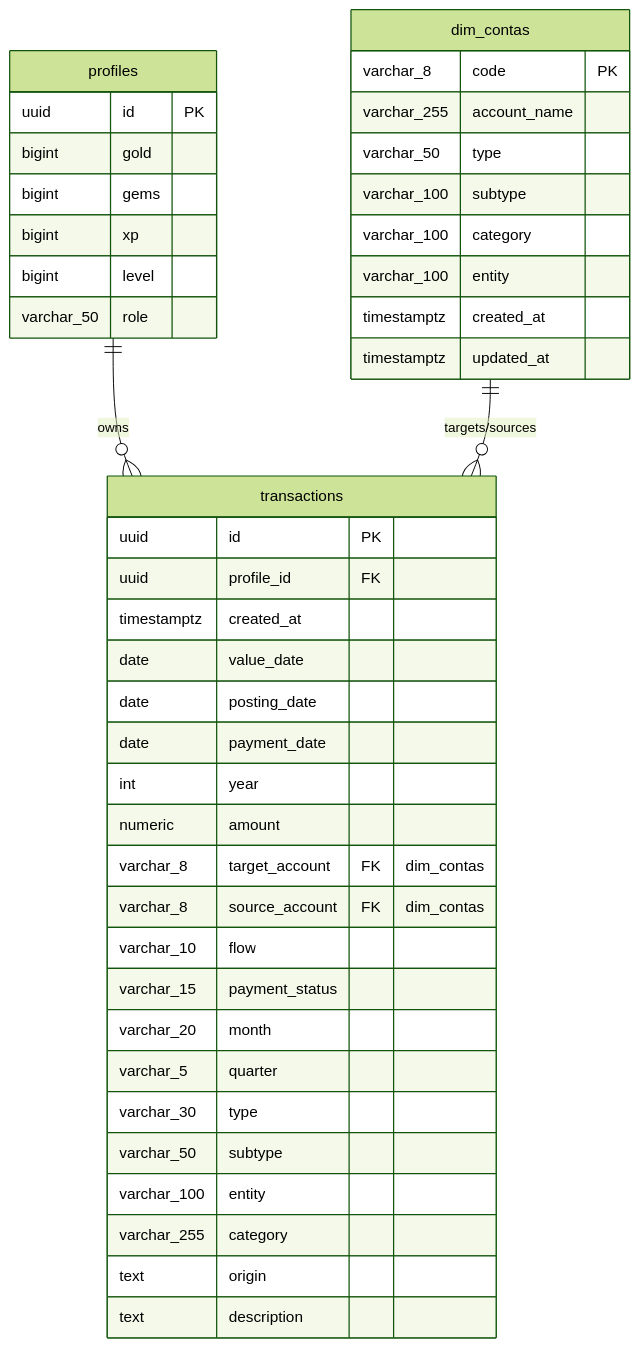
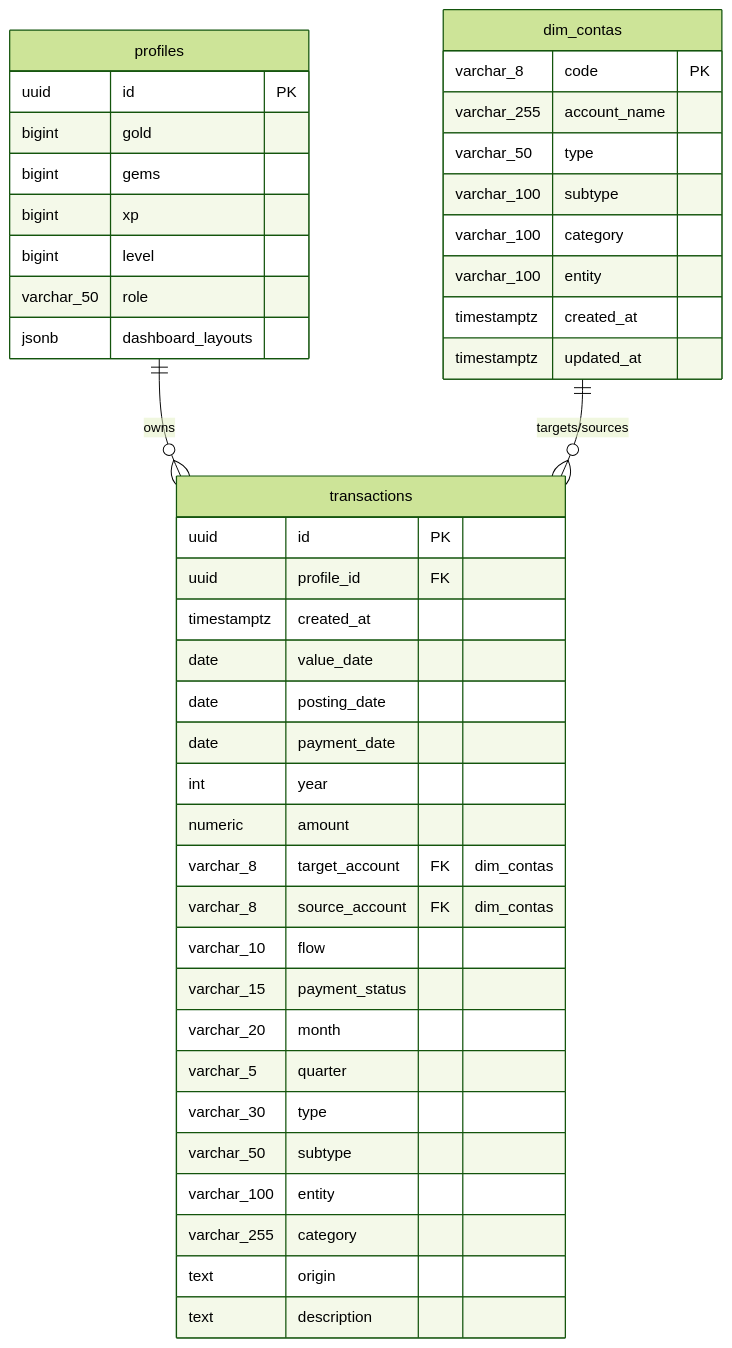
The diagram in documentation/schema_information.md (divagarpelamente-blip/medieval-stuff), drawn with Mermaid (forest theme) before and after one commit. The commit also changed other lines of this file and 15 other files, not shown here.

````diff
--- a/documentation/schema_information.md
+++ b/documentation/schema_information.md
@@ -5,46 +5,47 @@
 ```mermaid
 erDiagram
     profiles {
         uuid id PK
         bigint gold
         bigint gems
         bigint xp
         bigint level
         varchar_50 role
+        jsonb dashboard_layouts
     }
     dim_contas {
         varchar_8 code PK
         varchar_255 account_name
         varchar_50 type
         varchar_100 subtype
         varchar_100 category
         varchar_100 entity
         timestamptz created_at
         timestamptz updated_at
     }
     transactions {
         uuid id PK
         uuid profile_id FK
         timestamptz created_at
         date value_date
         date posting_date
         date payment_date
         int year
         numeric amount
         varchar_8 target_account FK "dim_contas"
         varchar_8 source_account FK "dim_contas"
         varchar_10 flow
         varchar_15 payment_status
         varchar_20 month
         varchar_5 quarter
         varchar_30 type
         varchar_50 subtype
         varchar_100 entity
         varchar_255 category
         text origin
         text description
     }
 
     profiles ||--o{ transactions : "owns"
     dim_contas ||--o{ transactions : "targets/sources"
 ```
````
